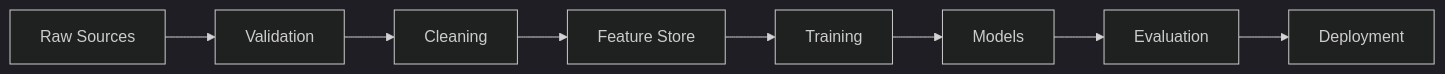
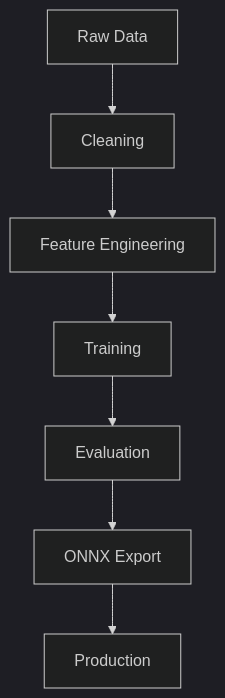
The third of 3 diagrams in README.md (sai-ganesh-4539/StatVault), drawn with Mermaid (dark theme) before and after one commit. The commit also changed other lines of this file, not shown here.

````diff
--- a/README.md
+++ b/README.md
@@ -83,19 +120,11 @@
 ```mermaid
-flowchart LR
+flowchart TB
 
-A[Raw Sources]
-
-A --> B[Validation]
-
-B --> C[Cleaning]
-
-C --> D[Feature Store]
-
-D --> E[Training]
-
-E --> F[Models]
-
-F --> G[Evaluation]
-
-G --> H[Deployment]
+RAW[Raw Data]
+    --> CLEAN[Cleaning]
+    --> FE[Feature Engineering]
+    --> TRAIN[Training]
+    --> EVAL[Evaluation]
+    --> EXPORT[ONNX Export]
+    --> PROD[Production]
 ```
````
